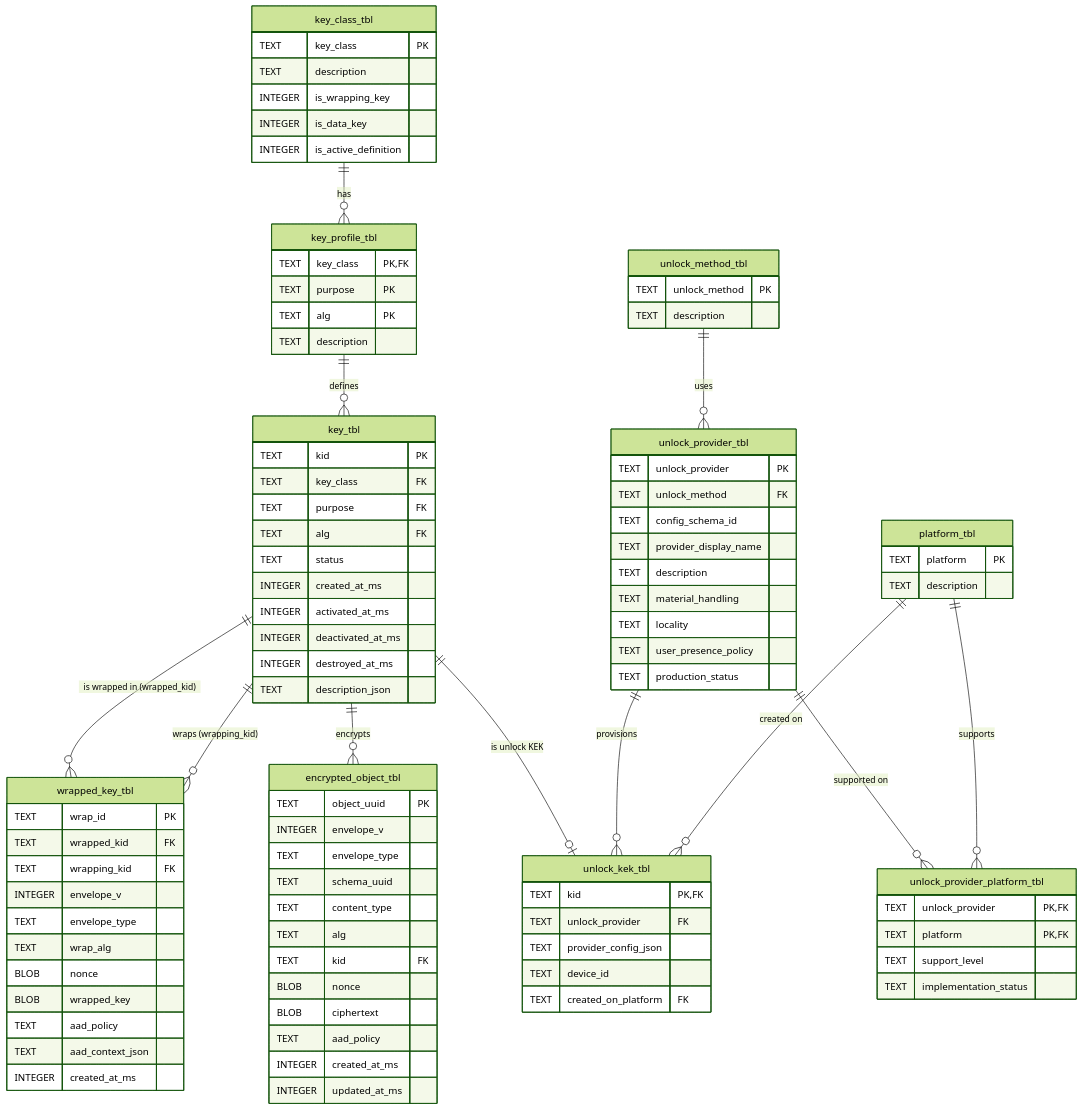
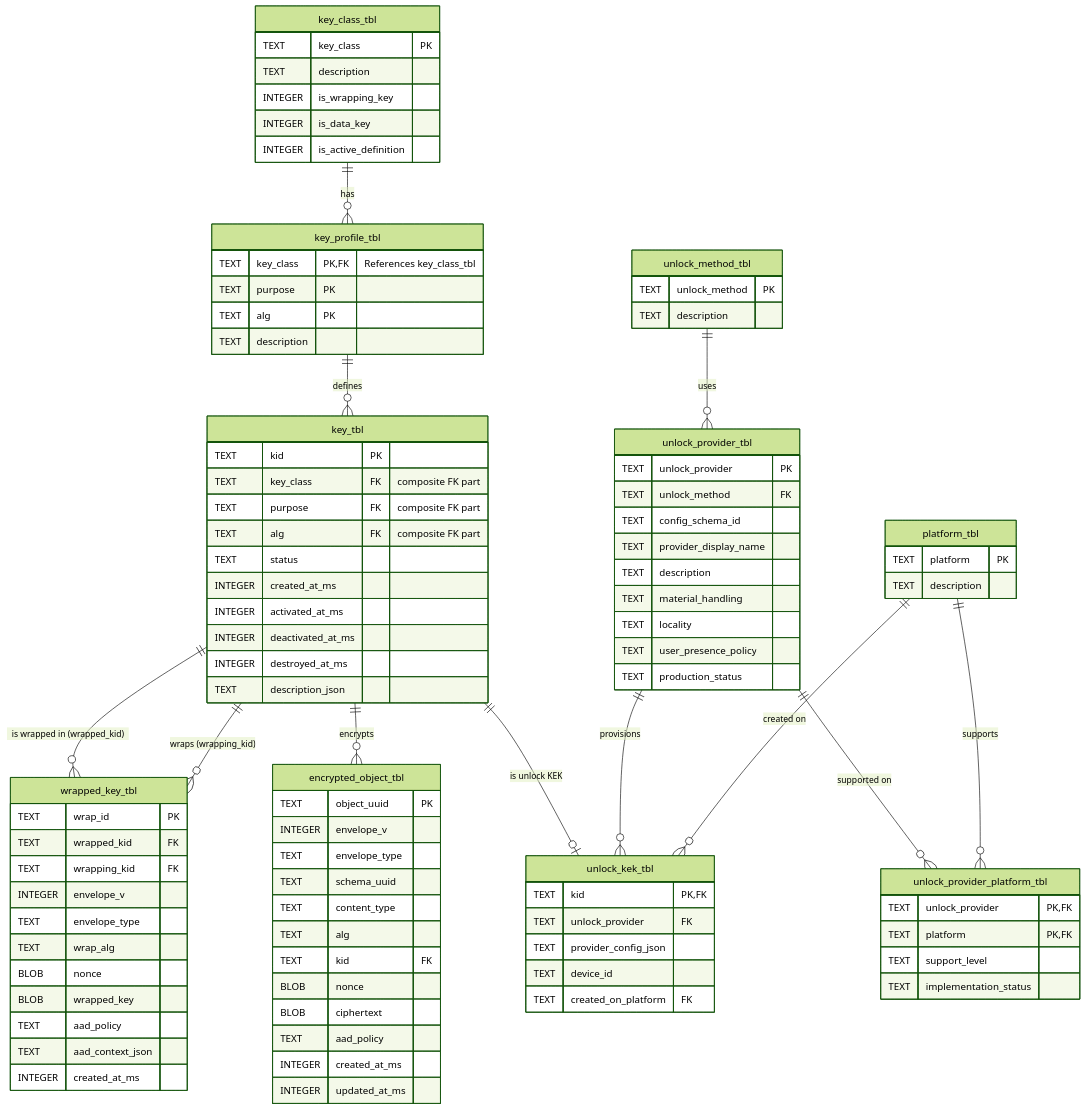
Before and after one commit to TakashiSasaki/encrypted-database: the diagram in docs/backend/sqlite/er-diagram.md, drawn with Mermaid (forest theme). The commit also changed 7 other files, not shown here.

First line of the commit message:
docs: clarify composite foreign keys in ER diagram

```diff
--- a/docs/backend/sqlite/er-diagram.md
+++ b/docs/backend/sqlite/er-diagram.md
@@ -25,7 +25,7 @@
     }
 
     key_profile_tbl {
-        TEXT key_class PK, FK
+        TEXT key_class PK, FK "References key_class_tbl"
         TEXT purpose PK
         TEXT alg PK
         TEXT description
@@ -33,9 +33,9 @@
 
     key_tbl {
         TEXT kid PK
-        TEXT key_class FK
-        TEXT purpose FK
-        TEXT alg FK
+        TEXT key_class FK "composite FK part"
+        TEXT purpose FK "composite FK part"
+        TEXT alg FK "composite FK part"
         TEXT status
         INTEGER created_at_ms
         INTEGER activated_at_ms
```
